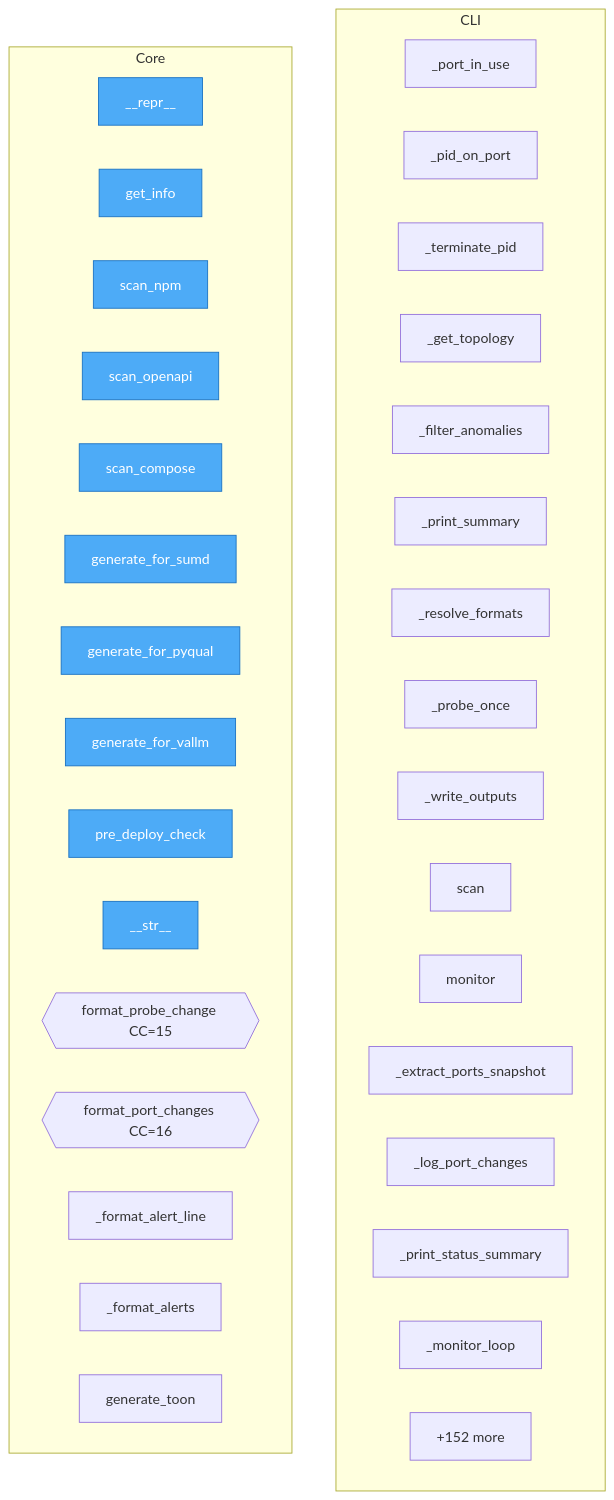
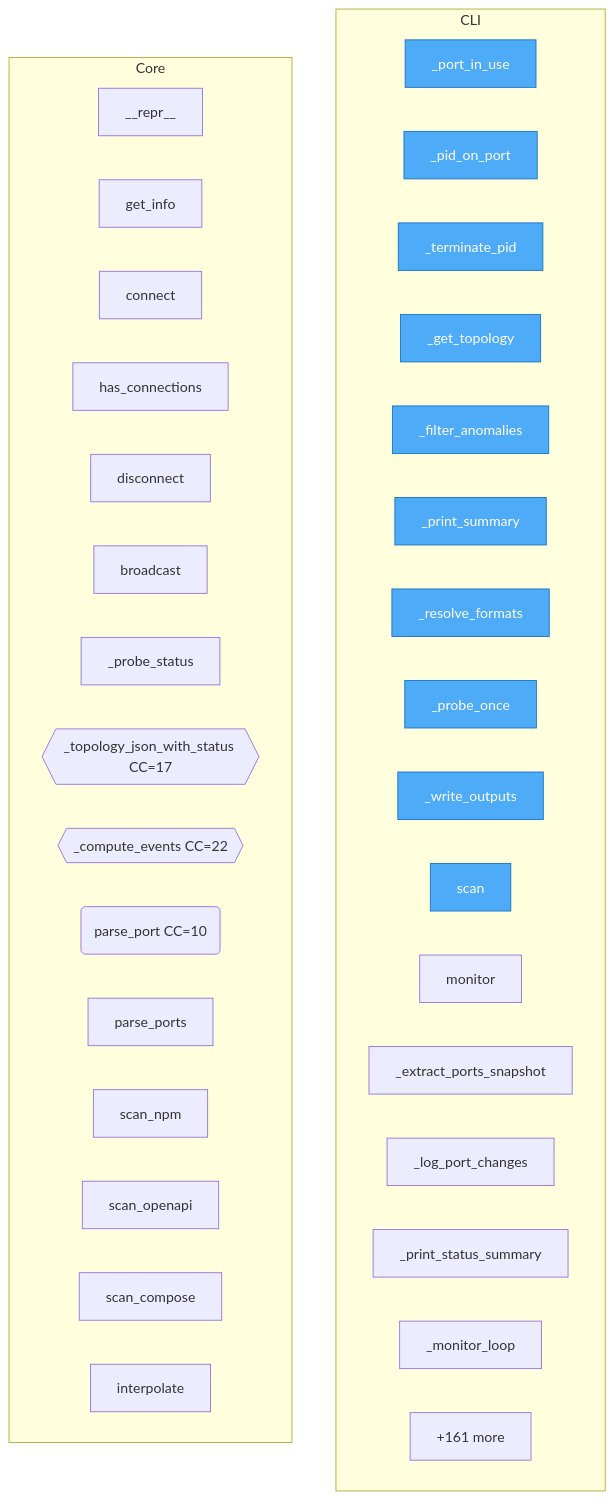
The diagram in project/flow.mmd (semcod/deta), drawn with Mermaid before and after one commit. The commit also changed 25 other files, not shown here.

```diff
--- a/project/flow.mmd
+++ b/project/flow.mmd
@@ -1,44 +1,44 @@
 flowchart TD
 
     %% Entry points (blue)
     classDef entry fill:#4dabf7,stroke:#1971c2,color:#fff
 
     subgraph CLI
         deta__cli___port_in_use["_port_in_use"]
         deta__cli___pid_on_port["_pid_on_port"]
         deta__cli___terminate_pid["_terminate_pid"]
         deta__cli___get_topology["_get_topology"]
         deta__cli___filter_anomalies["_filter_anomalies"]
         deta__cli___print_summary["_print_summary"]
         deta__cli___resolve_formats["_resolve_formats"]
         deta__cli___probe_once["_probe_once"]
         deta__cli___write_outputs["_write_outputs"]
         deta__cli__scan["scan"]
         deta__cli__monitor["monitor"]
         deta__cli___extract_ports_snapshot["_extract_ports_snapshot"]
         deta__cli___log_port_changes["_log_port_changes"]
         deta__cli___print_status_summary["_print_status_summary"]
         deta__cli___monitor_loop["_monitor_loop"]
         ...["+2 more"]
     end
 
     subgraph Core
         deta__core__Wup____repr__["__repr__"]
         deta__core__Wup__get_info["get_info"]
+        deta__web__app__ConnectionManager__connect["connect"]
+        deta__web__app__ConnectionManager__has_connections["has_connections"]
+        deta__web__app__ConnectionManager__disconnect["disconnect"]
+        deta__web__app__ConnectionManager__broadcast["broadcast"]
+        deta__web__app___probe_status["_probe_status"]
+        deta__web__app___topology_json_with_status{{_topology_json_with_status CC=17}}
+        deta__web__app___compute_events{{_compute_events CC=22}}
+        deta__scanner__ports__parse_port("parse_port CC=10")
+        deta__scanner__ports__parse_ports["parse_ports"]
         deta__scanner__npm__scan_npm["scan_npm"]
         deta__scanner__openapi__scan_openapi["scan_openapi"]
         deta__scanner__compose__scan_compose["scan_compose"]
-        deta__integration__semcod__generate_for_sumd["generate_for_sumd"]
-        deta__integration__semcod__generate_for_pyqual["generate_for_pyqual"]
-        deta__integration__semcod__generate_for_vallm["generate_for_vallm"]
-        deta__integration__semcod__pre_deploy_check["pre_deploy_check"]
-        deta__dsl__commands__ChangeDSL____str__["__str__"]
-        deta__dsl__commands__format_probe_change{{format_probe_change CC=15}}
-        deta__dsl__commands__format_port_changes{{format_port_changes CC=16}}
-        deta__formatter__toon___format_alert_line["_format_alert_line"]
-        deta__formatter__toon___format_alerts["_format_alerts"]
-        deta__formatter__toon__generate_toon["generate_toon"]
-        ...["+152 more"]
+        deta__scanner__env__interpolate["interpolate"]
+        ...["+161 more"]
     end
 
-    class deta__core__Wup____repr__,deta__core__Wup__get_info,deta__scanner__npm__scan_npm,deta__scanner__openapi__scan_openapi,deta__scanner__compose__scan_compose,deta__integration__semcod__generate_for_sumd,deta__integration__semcod__generate_for_pyqual,deta__integration__semcod__generate_for_vallm,deta__integration__semcod__pre_deploy_check,deta__dsl__commands__ChangeDSL____str__ entry
+    class deta__cli___port_in_use,deta__cli___pid_on_port,deta__cli___terminate_pid,deta__cli___get_topology,deta__cli___filter_anomalies,deta__cli___print_summary,deta__cli___resolve_formats,deta__cli___probe_once,deta__cli___write_outputs,deta__cli__scan entry
```
